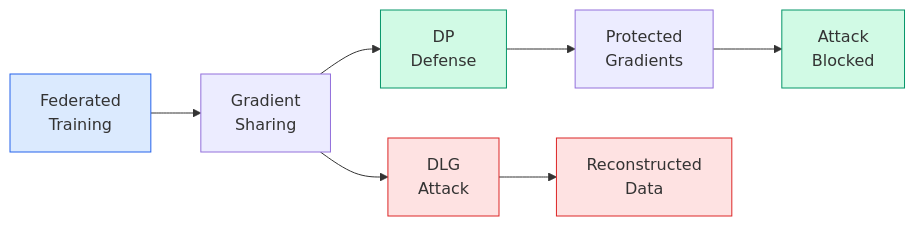
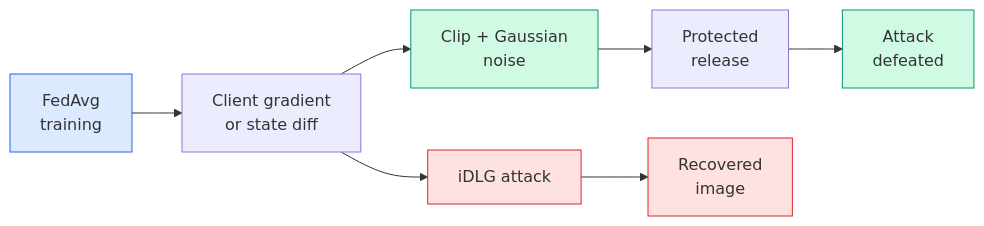
Before and after one commit to YanissAmz/federated-learning-privacy: the diagram in README.md, drawn with Mermaid. The commit also changed other lines of this file and 73 other files, not shown here.

````diff
--- a/README.md
+++ b/README.md
@@ -14,15 +29,15 @@
 ```mermaid
 flowchart LR
-    A[Federated\nTraining] --> B[Gradient\nSharing]
-    B --> C[DLG\nAttack]
-    B --> D[DP\nDefense]
-    D --> E[Protected\nGradients]
-    C --> F[Reconstructed\nData]
-    E --> G[Attack\nBlocked]
+    A[FedAvg<br/>training] --> B[Client gradient<br/>or state diff]
+    B --> C[iDLG attack]
+    B --> D[Clip + Gaussian<br/>noise]
+    D --> E[Protected<br/>release]
+    C --> F[Recovered<br/>image]
+    E --> G[Attack<br/>defeated]
 
     style A fill:#dbeafe,stroke:#2563eb
     style C fill:#fee2e2,stroke:#dc2626
     style D fill:#d1fae5,stroke:#059669
     style F fill:#fee2e2,stroke:#dc2626
     style G fill:#d1fae5,stroke:#059669
 ```
````
